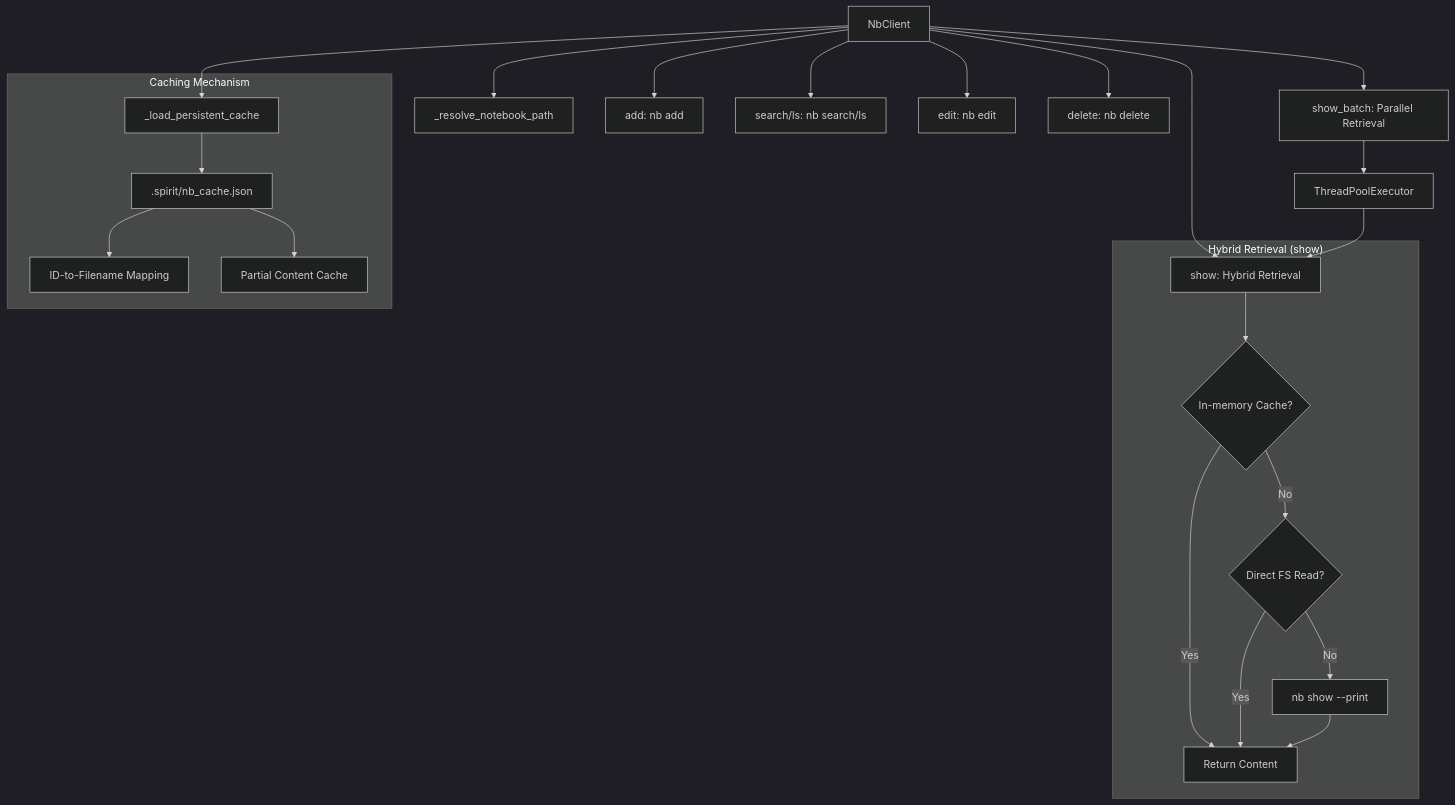
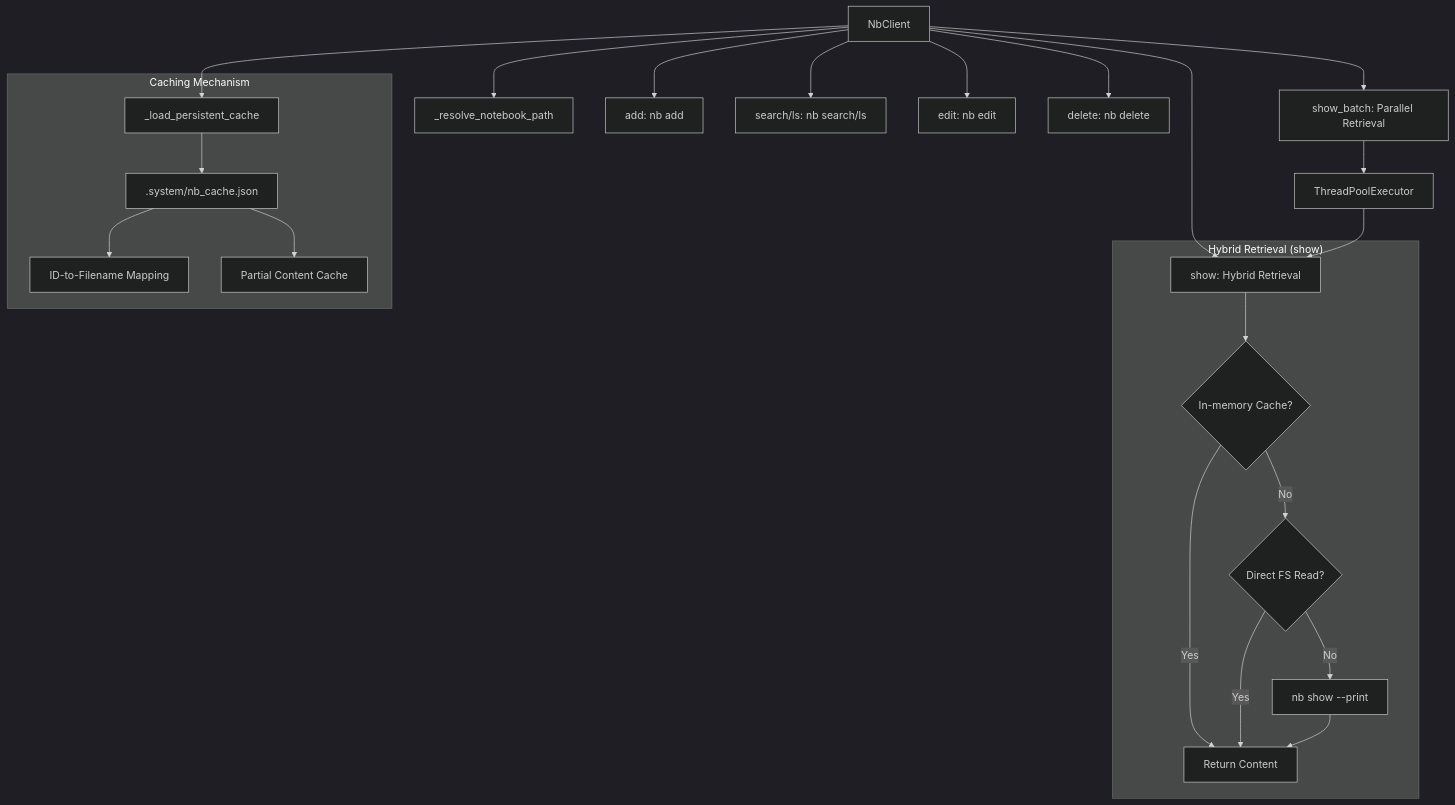
Before and after one commit to kodicw/nixspirit: diagram 14 of 14 in INDEX.md, drawn with Mermaid (dark theme). The commit also changed other lines of this file and 78 other files, not shown here.

````diff
--- a/INDEX.md
+++ b/INDEX.md
@@ -381,30 +381,30 @@
 ```mermaid
 graph TD
     NbClient[NbClient] --> ResolvePath[_resolve_notebook_path]
     NbClient --> LoadCache[_load_persistent_cache]
 
     NbClient --> Add[add: nb add]
     NbClient --> Show[show: Hybrid Retrieval]
     NbClient --> Batch[show_batch: Parallel Retrieval]
     NbClient --> Search[search/ls: nb search/ls]
     NbClient --> Edit[edit: nb edit]
     NbClient --> Delete[delete: nb delete]
 
     subgraph "Hybrid Retrieval (show)"
         Show --> CacheCheck{In-memory Cache?}
         CacheCheck -- No --> FSRead{Direct FS Read?}
         FSRead -- No --> NBShow[nb show --print]
         CacheCheck -- Yes --> Return[Return Content]
         FSRead -- Yes --> Return
         NBShow --> Return
     end
 
     subgraph "Caching Mechanism"
-        LoadCache --> FileCache[.spirit/nb_cache.json]
+        LoadCache --> FileCache[.system/nb_cache.json]
         FileCache --> IDMap[ID-to-Filename Mapping]
         FileCache --> ContentMap[Partial Content Cache]
     end
 
     Batch --> ThreadPool[ThreadPoolExecutor]
     ThreadPool --> Show
 ```
````
